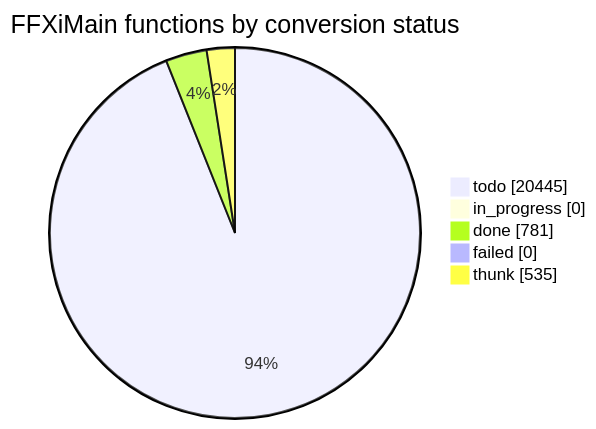
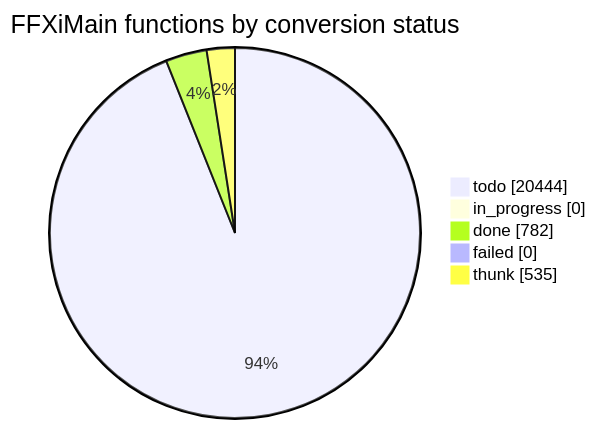
The diagram in docs/cow/STATUS.md (cowrevenge/cow_kuluu_xi_anything), drawn with Mermaid before and after one commit. The commit also changed other lines of this file and 9 other files, not shown here.

````diff
--- a/docs/cow/STATUS.md
+++ b/docs/cow/STATUS.md
@@ -18,9 +18,9 @@
 ```mermaid
 pie showData
     title FFXiMain functions by conversion status
-    "todo" : 20445
+    "todo" : 20444
     "in_progress" : 0
-    "done" : 781
+    "done" : 782
     "failed" : 0
     "thunk" : 535
 ```
````
